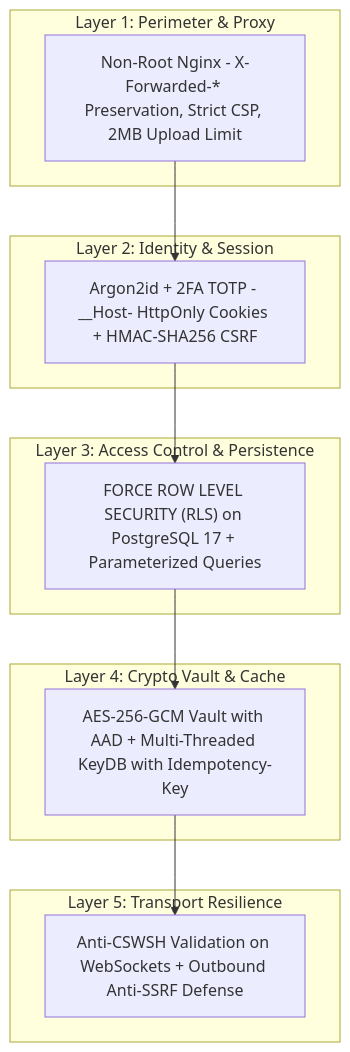
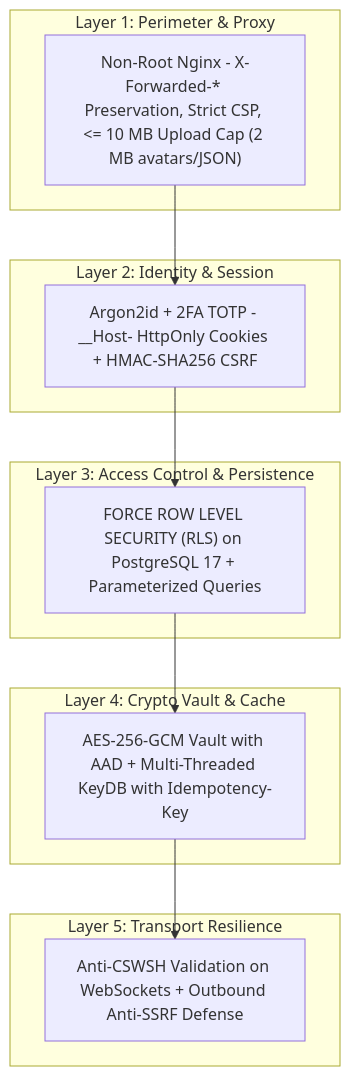
One commit to tecno-consultores/qa-testing-blueprints changed the first of 2 diagrams in SECURITY.md. Above: the diagram before and after it, drawn with Mermaid. The commit also changed other lines of this file and 304 other files, not shown here.

````diff
--- a/SECURITY.md
+++ b/SECURITY.md
@@ -40,24 +40,24 @@
 ```mermaid
 flowchart TD
     subgraph Layer1["Layer 1: Perimeter & Proxy"]
-        L1["Non-Root Nginx - X-Forwarded-* Preservation, Strict CSP, 2MB Upload Limit"]
+        L1["Non-Root Nginx - X-Forwarded-* Preservation, Strict CSP, <= 10 MB Upload Cap (2 MB avatars/JSON)"]
     end
 
     subgraph Layer2["Layer 2: Identity & Session"]
         L2["Argon2id + 2FA TOTP - __Host- HttpOnly Cookies + HMAC-SHA256 CSRF"]
     end
 
     subgraph Layer3["Layer 3: Access Control & Persistence"]
         L3["FORCE ROW LEVEL SECURITY (RLS) on PostgreSQL 17 + Parameterized Queries"]
     end
 
     subgraph Layer4["Layer 4: Crypto Vault & Cache"]
         L4["AES-256-GCM Vault with AAD + Multi-Threaded KeyDB with Idempotency-Key"]
     end
 
     subgraph Layer5["Layer 5: Transport Resilience"]
         L5["Anti-CSWSH Validation on WebSockets + Outbound Anti-SSRF Defense"]
     end
 
     L1 --> L2 --> L3 --> L4 --> L5
 ```
````
